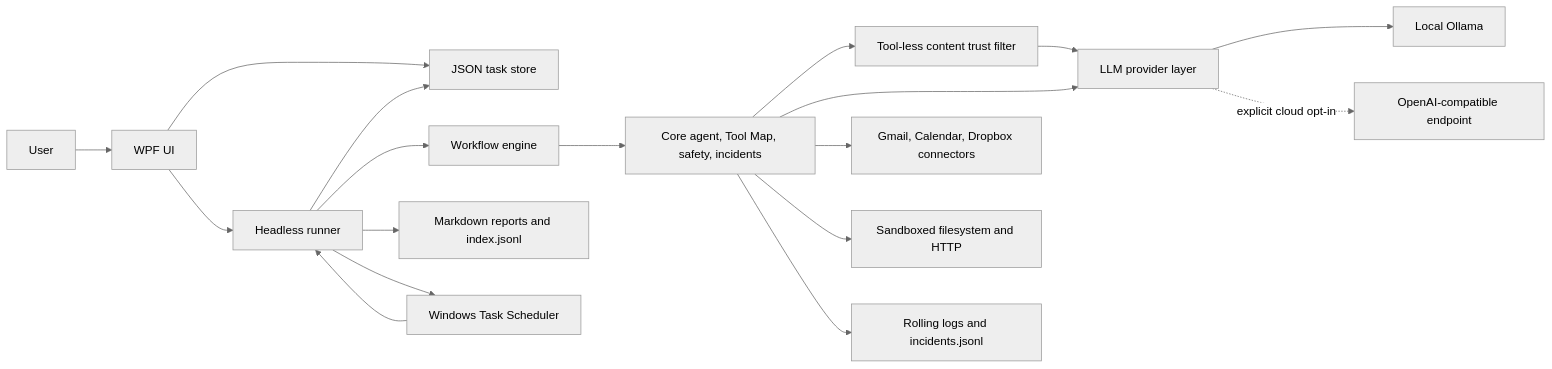
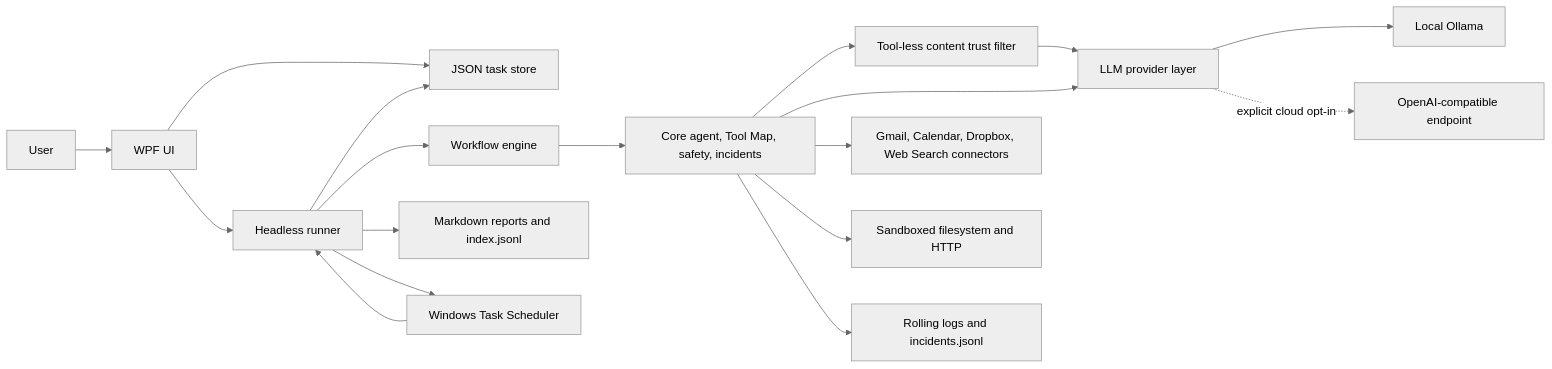
One commit to odahan/MyLocalAgent changed the diagram in README.md. Above: the diagram before and after it, drawn with Mermaid (neutral theme). The commit also changed other lines of this file and 50 other files, not shown here.

Commit message:
Implement Stage 8 Web Search

````diff
--- a/README.md
+++ b/README.md
@@ -540,20 +616,20 @@
 ```mermaid
 flowchart LR
     User["User"] --> UI["WPF UI"]
     Scheduler["Windows Task Scheduler"] --> Runner["Headless runner"]
     UI --> Store["JSON task store"]
     UI --> Runner
     Runner --> Store
     Runner --> Workflows["Workflow engine"]
     Workflows --> Core["Core agent, Tool Map, safety, incidents"]
     Core --> Guardrails["Tool-less content trust filter"]
     Guardrails --> Llm
     Core --> Llm["LLM provider layer"]
     Llm --> Ollama["Local Ollama"]
     Llm -. explicit cloud opt-in .-> OpenAI["OpenAI-compatible endpoint"]
-    Core --> Connectors["Gmail, Calendar, Dropbox connectors"]
+    Core --> Connectors["Gmail, Calendar, Dropbox, Web Search connectors"]
     Core --> Files["Sandboxed filesystem and HTTP"]
     Runner --> Reports["Markdown reports and index.jsonl"]
     Core --> Logs["Rolling logs and incidents.jsonl"]
     Runner --> Scheduler
 ```
````
